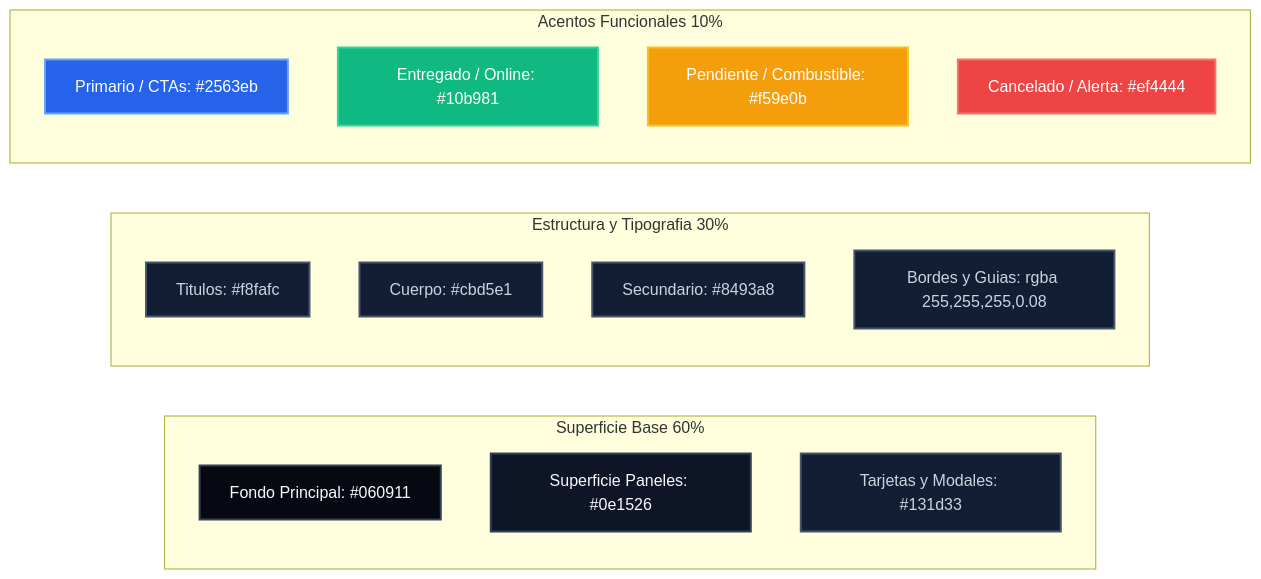
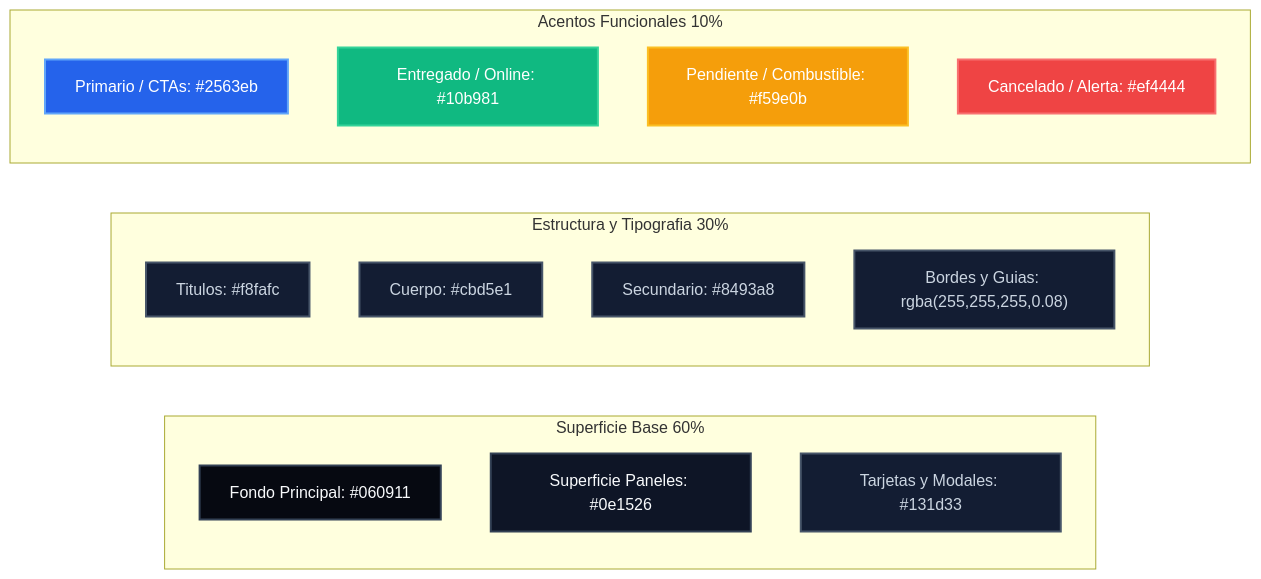
The third of 4 diagrams in DESIGN.md (agus123e21/TerMate), drawn with Mermaid before and after one commit. The commit also changed other lines of this file and 5 other files, not shown here.

````diff
--- a/DESIGN.md
+++ b/DESIGN.md
@@ -80,30 +97,30 @@
 ```mermaid
 graph LR
     classDef base fill:#060911,stroke:#334155,stroke-width:2px,color:#f8fafc;
     classDef surface fill:#0e1526,stroke:#334155,stroke-width:2px,color:#f8fafc;
     classDef structural fill:#131d33,stroke:#475569,stroke-width:2px,color:#cbd5e1;
     classDef accentPrimary fill:#2563eb,stroke:#60a5fa,stroke-width:2px,color:#ffffff;
     classDef accentSuccess fill:#10b981,stroke:#34d399,stroke-width:2px,color:#ffffff;
     classDef accentWarning fill:#f59e0b,stroke:#fbbf24,stroke-width:2px,color:#ffffff;
     classDef accentDanger fill:#ef4444,stroke:#f87171,stroke-width:2px,color:#ffffff;
 
-    subgraph Base_60pct [Superficie Base 60%]
-        BG[Fondo Principal: #060911]:::base
-        Surface[Superficie Paneles: #0e1526]:::surface
-        Card[Tarjetas y Modales: #131d33]:::structural
+    subgraph Base_60pct ["Superficie Base 60%"]
+        BG["Fondo Principal: #060911"]:::base
+        Surface["Superficie Paneles: #0e1526"]:::surface
+        Card["Tarjetas y Modales: #131d33"]:::structural
     end
 
-    subgraph Estructural_30pct [Estructura y Tipografia 30%]
-        TextTitle[Titulos: #f8fafc]:::structural
-        TextBody[Cuerpo: #cbd5e1]:::structural
-        TextMuted[Secundario: #8493a8]:::structural
-        Border[Bordes y Guias: rgba 255,255,255,0.08]:::structural
+    subgraph Estructural_30pct ["Estructura y Tipografia 30%"]
+        TextTitle["Titulos: #f8fafc"]:::structural
+        TextBody["Cuerpo: #cbd5e1"]:::structural
+        TextMuted["Secundario: #8493a8"]:::structural
+        Border["Bordes y Guias: rgba(255,255,255,0.08)"]:::structural
     end
 
-    subgraph Acentos_10pct [Acentos Funcionales 10%]
-        AccPrimary[Primario / CTAs: #2563eb]:::accentPrimary
-        AccSuccess[Entregado / Online: #10b981]:::accentSuccess
-        AccWarning[Pendiente / Combustible: #f59e0b]:::accentWarning
-        AccDanger[Cancelado / Alerta: #ef4444]:::accentDanger
+    subgraph Acentos_10pct ["Acentos Funcionales 10%"]
+        AccPrimary["Primario / CTAs: #2563eb"]:::accentPrimary
+        AccSuccess["Entregado / Online: #10b981"]:::accentSuccess
+        AccWarning["Pendiente / Combustible: #f59e0b"]:::accentWarning
+        AccDanger["Cancelado / Alerta: #ef4444"]:::accentDanger
     end
 ```
````
